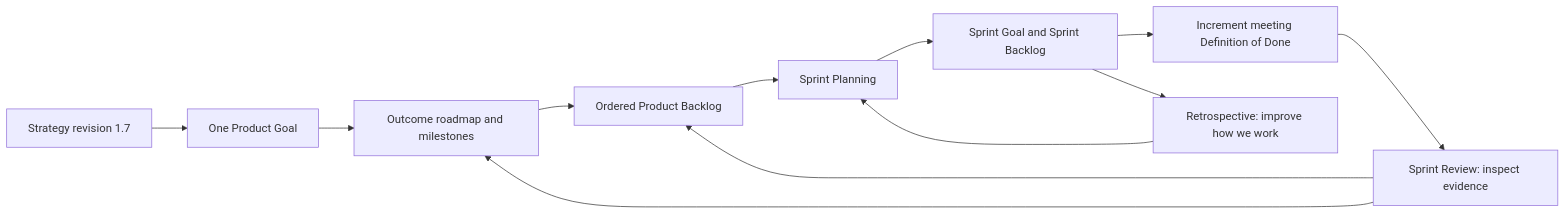
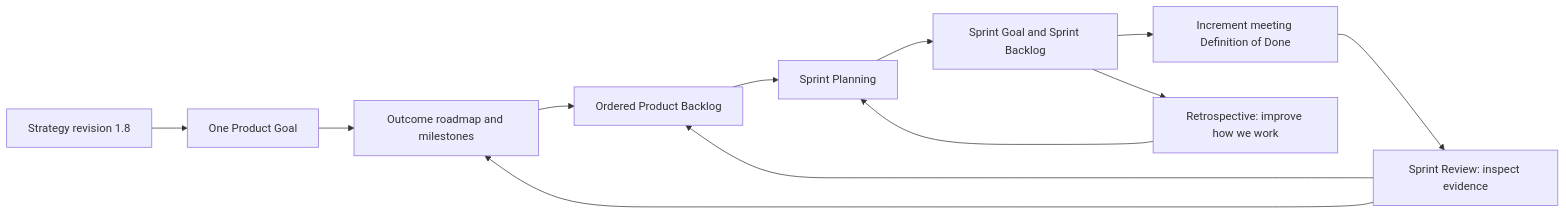
One commit to PyBLE-dev/PyBLE changed the diagram in docs/developments/2026-q4-reliable-workflow/01_Overview_and_Scrum_Framework.md. Above: the diagram before and after it, drawn with Mermaid. The commit also changed other lines of this file and 16 other files, not shown here.

````diff
--- a/docs/developments/2026-q4-reliable-workflow/01_Overview_and_Scrum_Framework.md
+++ b/docs/developments/2026-q4-reliable-workflow/01_Overview_and_Scrum_Framework.md
@@ -36,14 +36,14 @@
 ```mermaid
 flowchart LR
-    Strategy["Strategy revision 1.7"] --> Goal["One Product Goal"]
+    Strategy["Strategy revision 1.8"] --> Goal["One Product Goal"]
     Goal --> Roadmap["Outcome roadmap and milestones"]
     Roadmap --> Product["Ordered Product Backlog"]
     Product --> Planning["Sprint Planning"]
     Planning --> Sprint["Sprint Goal and Sprint Backlog"]
     Sprint --> Increment["Increment meeting Definition of Done"]
     Increment --> Review["Sprint Review: inspect evidence"]
     Review --> Product
     Review --> Roadmap
     Sprint --> Retro["Retrospective: improve how we work"]
     Retro --> Planning
 ```
````
